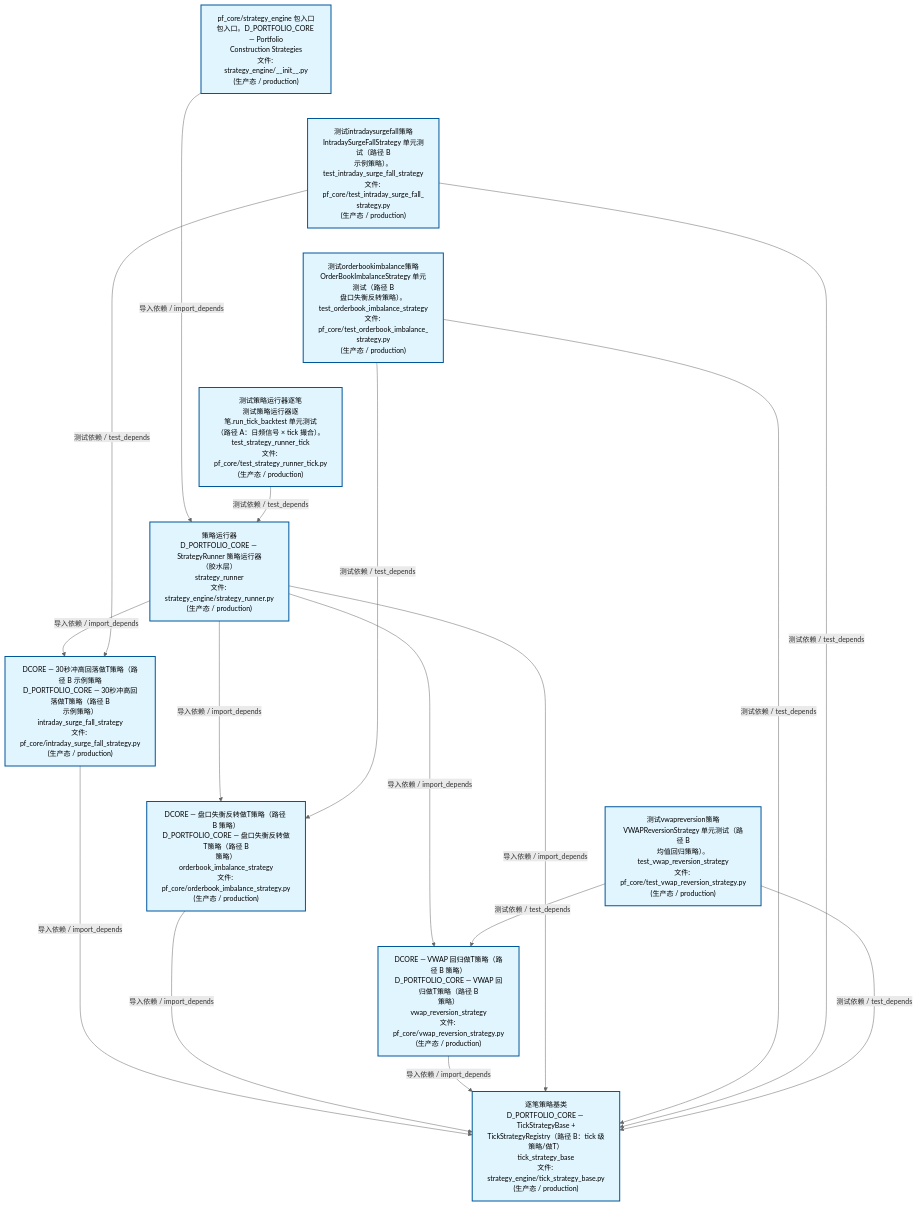
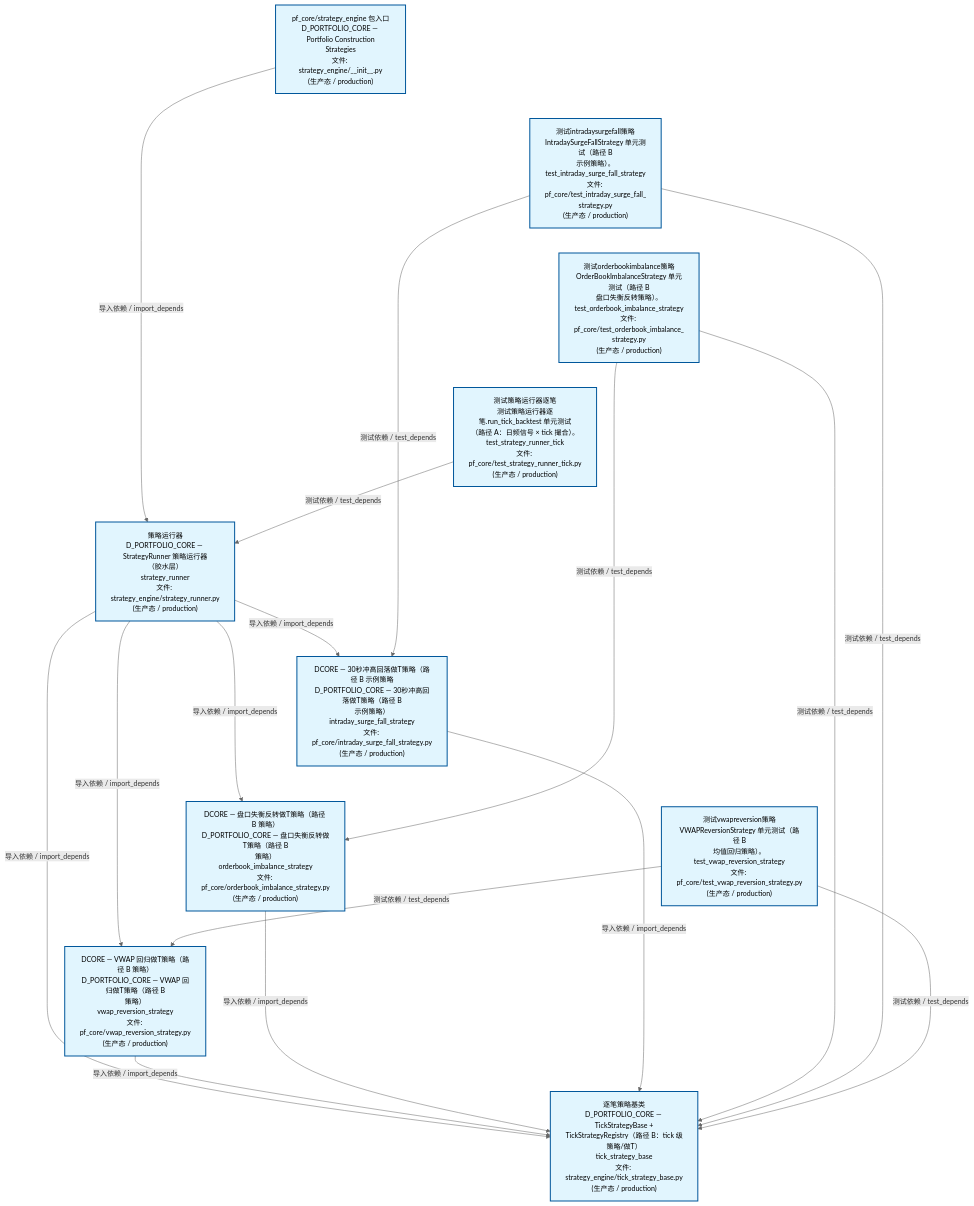
One commit to xuanFelixVan/ZephyrAlpha changed the second of 4 diagrams in docs/02_enterprise_architecture/02_domain_architecture_docs/63_d_pf_core.md. Above: the diagram before and after it, drawn with Mermaid. The commit also changed other lines of this file and 58 other files, not shown here.

````diff
--- a/docs/02_enterprise_architecture/02_domain_architecture_docs/63_d_pf_core.md
+++ b/docs/02_enterprise_architecture/02_domain_architecture_docs/63_d_pf_core.md
@@ -135,40 +136,40 @@
 ```mermaid
 %%{init: {'theme': 'base', 'themeVariables': {'primaryColor': '#eaeaea', 'primaryTextColor': '#333333', 'primaryBorderColor': '#666666', 'lineColor': '#666666', 'secondaryColor': '#eaeaea', 'tertiaryColor': '#eaeaea', 'fontSize': '14px'}}}%%
 flowchart TD
-    src_zephyr_pf_core_strategy_engine_init_py["pf_core/strategy_engine 包入口<br/>包入口。D_PORTFOLIO_CORE — Portfolio<br/>Construction Strategies<br/>文件: strategy_engine/__init__.py<br/>(生产态 / production)"]
+    src_zephyr_pf_core_strategy_engine_init_py["pf_core/strategy_engine 包入口<br/>D_PORTFOLIO_CORE — Portfolio Construction<br/>Strategies<br/>文件: strategy_engine/__init__.py<br/>(生产态 / production)"]
     tests_pf_core_test_intraday_surge_fall_strategy_py["测试intradaysurgefall策略<br/>IntradaySurgeFallStrategy 单元测试（路径 B<br/>示例策略）。<br/>test_intraday_surge_fall_strategy<br/>文件: pf_core/test_intraday_surge_fall_<br/>strategy.py<br/>(生产态 / production)"]
     tests_pf_core_test_orderbook_imbalance_strategy_py["测试orderbookimbalance策略<br/>OrderBookImbalanceStrategy 单元测试（路径 B<br/>盘口失衡反转策略）。<br/>test_orderbook_imbalance_strategy<br/>文件: pf_core/test_orderbook_imbalance_<br/>strategy.py<br/>(生产态 / production)"]
     tests_pf_core_test_strategy_runner_tick_py["测试策略运行器逐笔<br/>测试策略运行器逐笔.run_tick_backtest 单元测试<br/>（路径 A：日频信号 × tick 撮合）。<br/>test_strategy_runner_tick<br/>文件: pf_core/test_strategy_runner_tick.py<br/>(生产态 / production)"]
     tests_pf_core_test_vwap_reversion_strategy_py["测试vwapreversion策略<br/>VWAPReversionStrategy 单元测试（路径 B<br/>均值回归策略）。<br/>test_vwap_reversion_strategy<br/>文件: pf_core/test_vwap_reversion_strategy.py<br/>(生产态 / production)"]
     src_zephyr_pf_core_strategy_engine_init_py ~~~ tests_pf_core_test_intraday_surge_fall_strategy_py
     tests_pf_core_test_intraday_surge_fall_strategy_py ~~~ tests_pf_core_test_orderbook_imbalance_strategy_py
     tests_pf_core_test_orderbook_imbalance_strategy_py ~~~ tests_pf_core_test_strategy_runner_tick_py
     tests_pf_core_test_strategy_runner_tick_py ~~~ tests_pf_core_test_vwap_reversion_strategy_py
     src_zephyr_pf_core_strategy_engine_strategy_runner_py["策略运行器<br/>D_PORTFOLIO_CORE — StrategyRunner 策略运行器<br/>（胶水层）<br/>strategy_runner<br/>文件: strategy_engine/strategy_runner.py<br/>(生产态 / production)"]
     src_zephyr_pf_core_intraday_surge_fall_strategy_py["DCORE — 30秒冲高回落做T策略（路径 B 示例策略<br/>D_PORTFOLIO_CORE — 30秒冲高回落做T策略（路径 B<br/>示例策略）<br/>intraday_surge_fall_strategy<br/>文件: pf_core/intraday_surge_fall_strategy.py<br/>(生产态 / production)"]
     src_zephyr_pf_core_orderbook_imbalance_strategy_py["DCORE — 盘口失衡反转做T策略（路径 B 策略）<br/>D_PORTFOLIO_CORE — 盘口失衡反转做T策略（路径 B<br/>策略）<br/>orderbook_imbalance_strategy<br/>文件: pf_core/orderbook_imbalance_strategy.py<br/>(生产态 / production)"]
     src_zephyr_pf_core_vwap_reversion_strategy_py["DCORE — VWAP 回归做T策略（路径 B 策略）<br/>D_PORTFOLIO_CORE — VWAP 回归做T策略（路径 B<br/>策略）<br/>vwap_reversion_strategy<br/>文件: pf_core/vwap_reversion_strategy.py<br/>(生产态 / production)"]
     src_zephyr_pf_core_intraday_surge_fall_strategy_py ~~~ src_zephyr_pf_core_orderbook_imbalance_strategy_py
     src_zephyr_pf_core_orderbook_imbalance_strategy_py ~~~ src_zephyr_pf_core_vwap_reversion_strategy_py
     src_zephyr_pf_core_strategy_engine_tick_strategy_base_py["逐笔策略基类<br/>D_PORTFOLIO_CORE — TickStrategyBase +<br/>TickStrategyRegistry（路径 B：tick 级策略/做T）<br/>tick_strategy_base<br/>文件: strategy_engine/tick_strategy_base.py<br/>(生产态 / production)"]
+    src_zephyr_pf_core_strategy_engine_strategy_runner_py -->|导入依赖 / import_depends| src_zephyr_pf_core_strategy_engine_tick_strategy_base_py
+    src_zephyr_pf_core_strategy_engine_strategy_runner_py -->|导入依赖 / import_depends| src_zephyr_pf_core_vwap_reversion_strategy_py
+    src_zephyr_pf_core_strategy_engine_strategy_runner_py -->|导入依赖 / import_depends| src_zephyr_pf_core_orderbook_imbalance_strategy_py
+    src_zephyr_pf_core_strategy_engine_strategy_runner_py -->|导入依赖 / import_depends| src_zephyr_pf_core_intraday_surge_fall_strategy_py
+    src_zephyr_pf_core_strategy_engine_init_py -->|导入依赖 / import_depends| src_zephyr_pf_core_strategy_engine_strategy_runner_py
+    src_zephyr_pf_core_vwap_reversion_strategy_py -->|导入依赖 / import_depends| src_zephyr_pf_core_strategy_engine_tick_strategy_base_py
+    src_zephyr_pf_core_orderbook_imbalance_strategy_py -->|导入依赖 / import_depends| src_zephyr_pf_core_strategy_engine_tick_strategy_base_py
     src_zephyr_pf_core_intraday_surge_fall_strategy_py -->|导入依赖 / import_depends| src_zephyr_pf_core_strategy_engine_tick_strategy_base_py
-    src_zephyr_pf_core_orderbook_imbalance_strategy_py -->|导入依赖 / import_depends| src_zephyr_pf_core_strategy_engine_tick_strategy_base_py
-    src_zephyr_pf_core_vwap_reversion_strategy_py -->|导入依赖 / import_depends| src_zephyr_pf_core_strategy_engine_tick_strategy_base_py
-    src_zephyr_pf_core_strategy_engine_init_py -->|导入依赖 / import_depends| src_zephyr_pf_core_strategy_engine_strategy_runner_py
-    src_zephyr_pf_core_strategy_engine_strategy_runner_py -->|导入依赖 / import_depends| src_zephyr_pf_core_intraday_surge_fall_strategy_py
-    src_zephyr_pf_core_strategy_engine_strategy_runner_py -->|导入依赖 / import_depends| src_zephyr_pf_core_orderbook_imbalance_strategy_py
-    src_zephyr_pf_core_strategy_engine_strategy_runner_py -->|导入依赖 / import_depends| src_zephyr_pf_core_vwap_reversion_strategy_py
-    src_zephyr_pf_core_strategy_engine_strategy_runner_py -->|导入依赖 / import_depends| src_zephyr_pf_core_strategy_engine_tick_strategy_base_py
+    tests_pf_core_test_orderbook_imbalance_strategy_py -->|测试依赖 / test_depends| src_zephyr_pf_core_strategy_engine_tick_strategy_base_py
     tests_pf_core_test_orderbook_imbalance_strategy_py -->|测试依赖 / test_depends| src_zephyr_pf_core_orderbook_imbalance_strategy_py
-    tests_pf_core_test_orderbook_imbalance_strategy_py -->|测试依赖 / test_depends| src_zephyr_pf_core_strategy_engine_tick_strategy_base_py
     tests_pf_core_test_strategy_runner_tick_py -->|测试依赖 / test_depends| src_zephyr_pf_core_strategy_engine_strategy_runner_py
+    tests_pf_core_test_intraday_surge_fall_strategy_py -->|测试依赖 / test_depends| src_zephyr_pf_core_strategy_engine_tick_strategy_base_py
     tests_pf_core_test_intraday_surge_fall_strategy_py -->|测试依赖 / test_depends| src_zephyr_pf_core_intraday_surge_fall_strategy_py
-    tests_pf_core_test_intraday_surge_fall_strategy_py -->|测试依赖 / test_depends| src_zephyr_pf_core_strategy_engine_tick_strategy_base_py
+    tests_pf_core_test_vwap_reversion_strategy_py -->|测试依赖 / test_depends| src_zephyr_pf_core_strategy_engine_tick_strategy_base_py
     tests_pf_core_test_vwap_reversion_strategy_py -->|测试依赖 / test_depends| src_zephyr_pf_core_vwap_reversion_strategy_py
-    tests_pf_core_test_vwap_reversion_strategy_py -->|测试依赖 / test_depends| src_zephyr_pf_core_strategy_engine_tick_strategy_base_py
     classDef production fill:#e1f5fe,stroke:#01579b,stroke-width:2px,color:#000
     classDef design fill:#fff3e0,stroke:#e65100,stroke-width:2px,color:#000,stroke-dasharray: 5 5
     classDef external_prod fill:#e8f4fd,stroke:#0277bd,stroke-width:1px,color:#000
     classDef external_design fill:#fff8e7,stroke:#ef6c00,stroke-width:1px,color:#000,stroke-dasharray: 5 5
     class src_zephyr_pf_core_intraday_surge_fall_strategy_py,src_zephyr_pf_core_orderbook_imbalance_strategy_py,src_zephyr_pf_core_strategy_engine_init_py,src_zephyr_pf_core_strategy_engine_strategy_runner_py,src_zephyr_pf_core_strategy_engine_tick_strategy_base_py,src_zephyr_pf_core_vwap_reversion_strategy_py,tests_pf_core_test_intraday_surge_fall_strategy_py,tests_pf_core_test_orderbook_imbalance_strategy_py,tests_pf_core_test_strategy_runner_tick_py,tests_pf_core_test_vwap_reversion_strategy_py production
 ```
````
